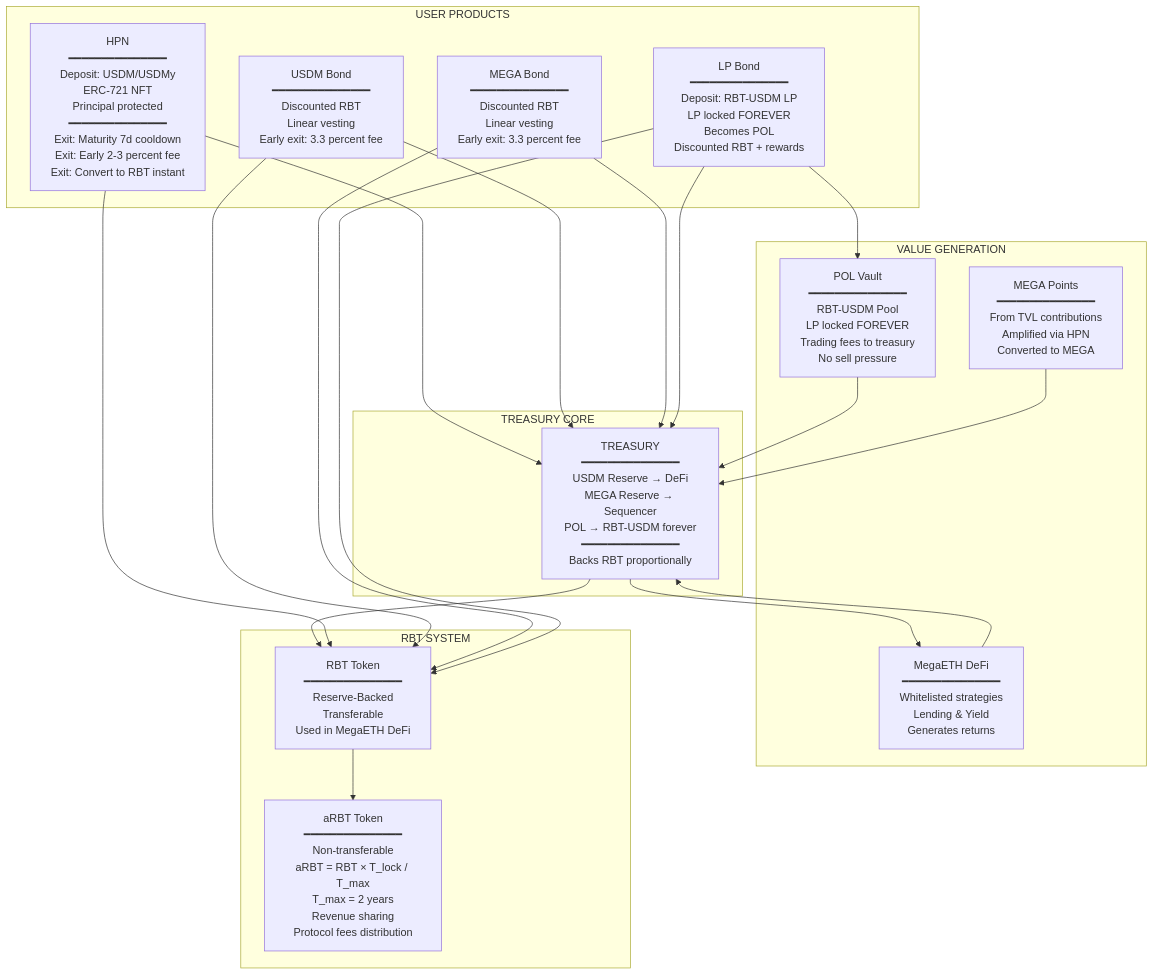
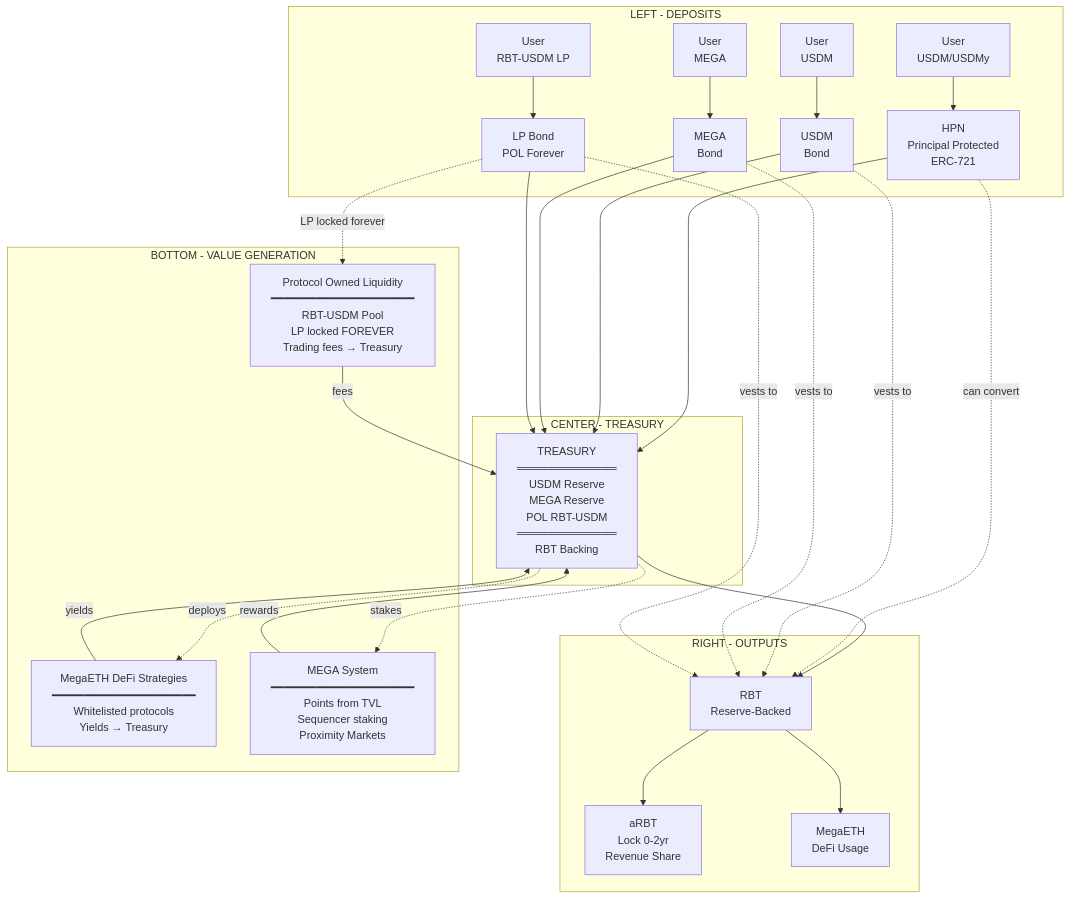
Before and after one commit to 0xJaehaerys/ohmega: the diagram in blackhaven-complete-system.md, drawn with Mermaid.

Commit message:
Restructure to Olympus DAO style: LEFT deposits, CENTER treasury, RIGHT outputs, BOTTOM value generation

````diff
--- a/blackhaven-complete-system.md
+++ b/blackhaven-complete-system.md
@@ -5,52 +5,62 @@
 ```mermaid
 graph TB
-    subgraph "USER PRODUCTS"
-        HPN[HPN<br/>━━━━━━━━━━━━━━━<br/>Deposit: USDM/USDMy<br/>ERC-721 NFT<br/>Principal protected<br/>━━━━━━━━━━━━━━━<br/>Exit: Maturity 7d cooldown<br/>Exit: Early 2-3 percent fee<br/>Exit: Convert to RBT instant]
+    subgraph "LEFT - DEPOSITS"
+        USER_HPN[User<br/>USDM/USDMy]
+        USER_USDM[User<br/>USDM]
+        USER_MEGA[User<br/>MEGA]
+        USER_LP[User<br/>RBT-USDM LP]
         
-        BOND_USDM[USDM Bond<br/>━━━━━━━━━━━━━━━<br/>Discounted RBT<br/>Linear vesting<br/>Early exit: 3.3 percent fee]
+        HPN[HPN<br/>Principal Protected<br/>ERC-721]
+        BOND_USDM[USDM<br/>Bond]
+        BOND_MEGA[MEGA<br/>Bond]
+        LP_BOND[LP Bond<br/>POL Forever]
         
-        BOND_MEGA[MEGA Bond<br/>━━━━━━━━━━━━━━━<br/>Discounted RBT<br/>Linear vesting<br/>Early exit: 3.3 percent fee]
-        
-        LP_BOND[LP Bond<br/>━━━━━━━━━━━━━━━<br/>Deposit: RBT-USDM LP<br/>LP locked FOREVER<br/>Becomes POL<br/>Discounted RBT + rewards]
+        USER_HPN --> HPN
+        USER_USDM --> BOND_USDM
+        USER_MEGA --> BOND_MEGA
+        USER_LP --> LP_BOND
     end
     
-    subgraph "TREASURY CORE"
-        TREASURY[TREASURY<br/>━━━━━━━━━━━━━━━<br/>USDM Reserve → DeFi<br/>MEGA Reserve → Sequencer<br/>POL → RBT-USDM forever<br/>━━━━━━━━━━━━━━━<br/>Backs RBT proportionally]
+    subgraph "CENTER - TREASURY"
+        TREASURY[TREASURY<br/>═════════════<br/>USDM Reserve<br/>MEGA Reserve<br/>POL RBT-USDM<br/>═════════════<br/>RBT Backing]
     end
     
-    subgraph "VALUE GENERATION"
-        MEGAETH_DEFI[MegaETH DeFi<br/>━━━━━━━━━━━━━━━<br/>Whitelisted strategies<br/>Lending & Yield<br/>Generates returns]
+    subgraph "RIGHT - OUTPUTS"
+        RBT[RBT<br/>Reserve-Backed]
+        ARBT[aRBT<br/>Lock 0-2yr<br/>Revenue Share]
         
-        POL_VAULT[POL Vault<br/>━━━━━━━━━━━━━━━<br/>RBT-USDM Pool<br/>LP locked FOREVER<br/>Trading fees to treasury<br/>No sell pressure]
+        DEFI_USE[MegaETH<br/>DeFi Usage]
         
-        MEGA_POINTS[MEGA Points<br/>━━━━━━━━━━━━━━━<br/>From TVL contributions<br/>Amplified via HPN<br/>Converted to MEGA]
+        RBT --> ARBT
+        RBT --> DEFI_USE
     end
     
-    subgraph "RBT SYSTEM"
-        RBT[RBT Token<br/>━━━━━━━━━━━━━━━<br/>Reserve-Backed<br/>Transferable<br/>Used in MegaETH DeFi]
+    subgraph "BOTTOM - VALUE GENERATION"
+        POL_VAULT[Protocol Owned Liquidity<br/>━━━━━━━━━━━━━━━━━━━━━━<br/>RBT-USDM Pool<br/>LP locked FOREVER<br/>Trading fees → Treasury]
         
-        ARBT[aRBT Token<br/>━━━━━━━━━━━━━━━<br/>Non-transferable<br/>aRBT = RBT × T_lock / T_max<br/>T_max = 2 years<br/>Revenue sharing<br/>Protocol fees distribution]
+        DEFI_YIELD[MegaETH DeFi Strategies<br/>━━━━━━━━━━━━━━━━━━━━━━<br/>Whitelisted protocols<br/>Yields → Treasury]
         
-        RBT --> ARBT
+        MEGA_SYS[MEGA System<br/>━━━━━━━━━━━━━━━━━━━━━━<br/>Points from TVL<br/>Sequencer staking<br/>Proximity Markets]
     end
     
     HPN --> TREASURY
     BOND_USDM --> TREASURY
     BOND_MEGA --> TREASURY
     LP_BOND --> TREASURY
     
-    LP_BOND --> POL_VAULT
-    
-    TREASURY --> MEGAETH_DEFI
-    MEGAETH_DEFI --> TREASURY
-    
-    POL_VAULT --> TREASURY
-    MEGA_POINTS --> TREASURY
+    LP_BOND -.->|LP locked forever| POL_VAULT
     
     TREASURY --> RBT
     
-    HPN --> RBT
-    BOND_USDM --> RBT
-    BOND_MEGA --> RBT
-    LP_BOND --> RBT
+    HPN -.->|can convert| RBT
+    BOND_USDM -.->|vests to| RBT
+    BOND_MEGA -.->|vests to| RBT
+    LP_BOND -.->|vests to| RBT
+    
+    POL_VAULT -->|fees| TREASURY
+    DEFI_YIELD -->|yields| TREASURY
+    MEGA_SYS -->|rewards| TREASURY
+    
+    TREASURY -.->|deploys| DEFI_YIELD
+    TREASURY -.->|stakes| MEGA_SYS
 ```
````
